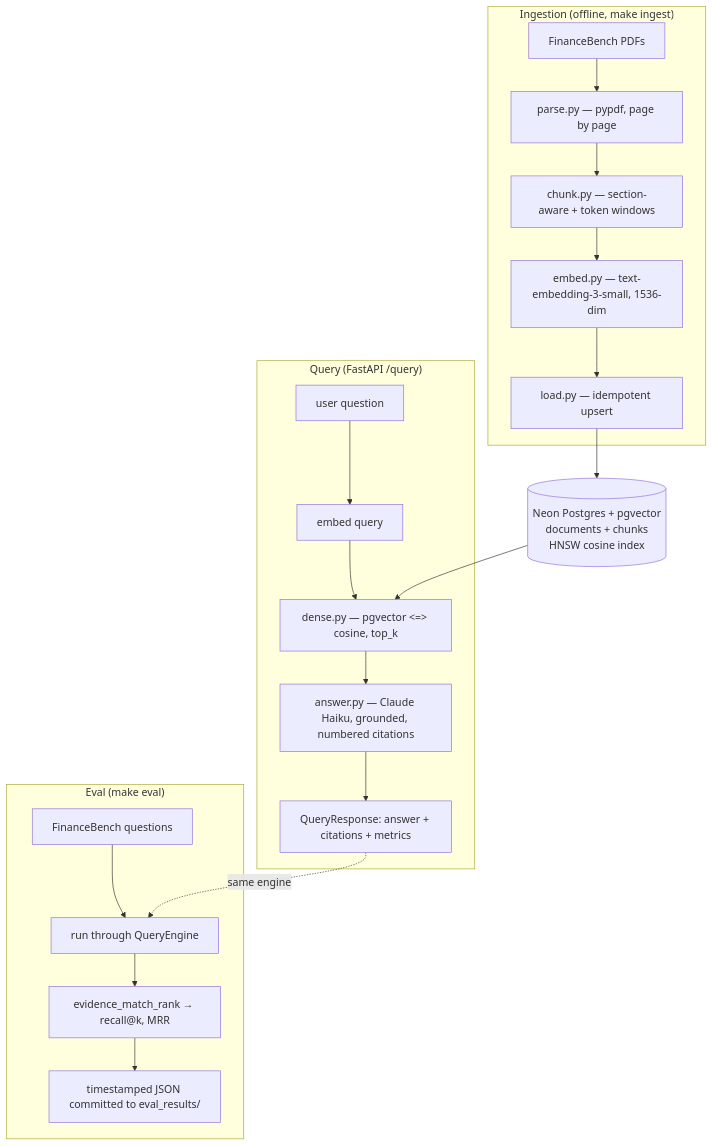
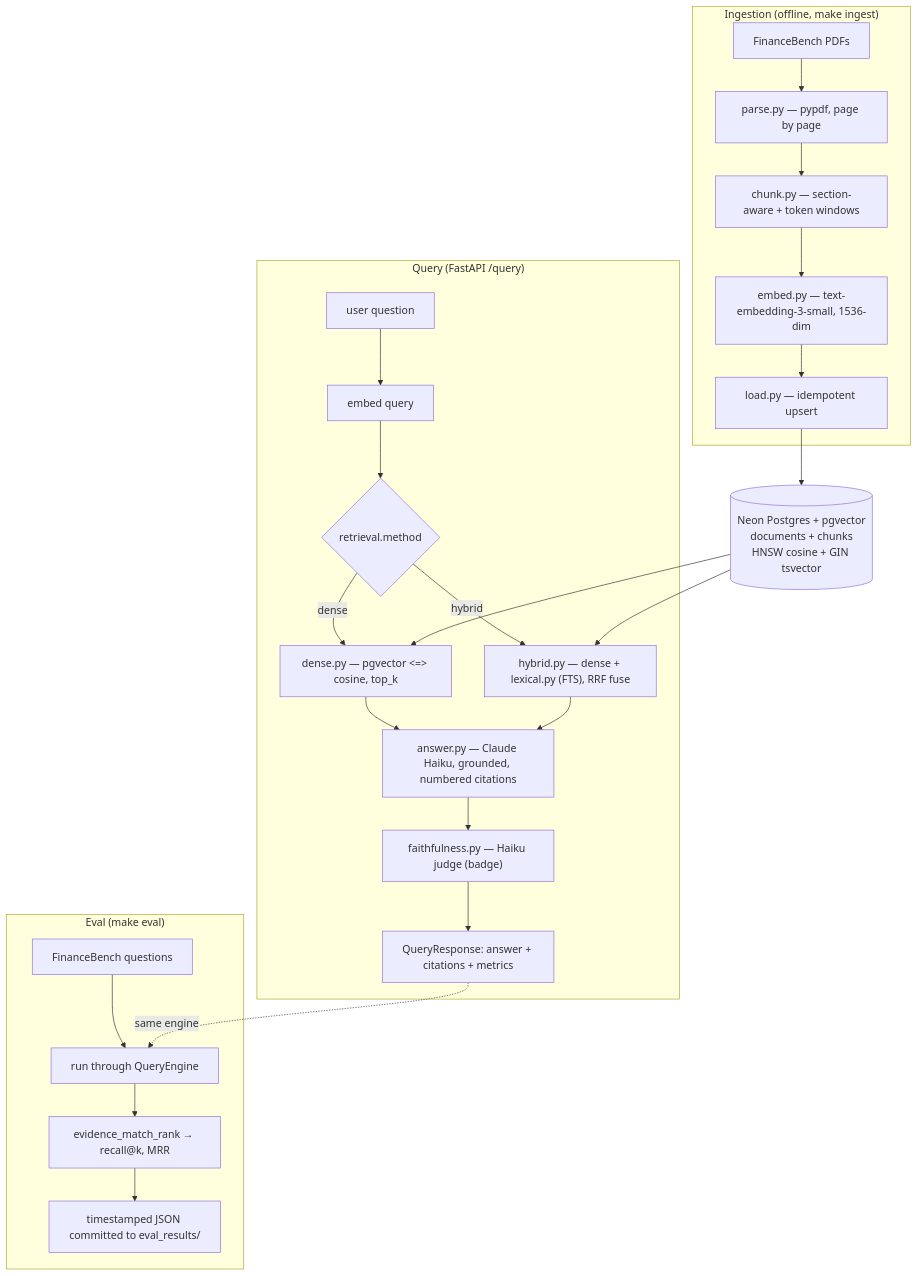
The diagram in CLAUDE.md (skandula9273/sec-rag-eval), drawn with Mermaid before and after one commit. The commit also changed other lines of this file and 1 other file, not shown here.

````diff
--- a/CLAUDE.md
+++ b/CLAUDE.md
@@ -29,25 +62,30 @@
 ```mermaid
 flowchart TD
     subgraph INGEST["Ingestion (offline, make ingest)"]
       P[FinanceBench PDFs] --> PA[parse.py — pypdf, page by page]
       PA --> CH[chunk.py — section-aware + token windows]
       CH --> EM[embed.py — text-embedding-3-small, 1536-dim]
       EM --> LD[load.py — idempotent upsert]
     end
-    LD --> DB[("Neon Postgres + pgvector<br/>documents + chunks<br/>HNSW cosine index")]
+    LD --> DB[("Neon Postgres + pgvector<br/>documents + chunks<br/>HNSW cosine + GIN tsvector")]
 
     subgraph QUERY["Query (FastAPI /query)"]
       Q[user question] --> QE[embed query]
-      QE --> DS[dense.py — pgvector &lt;=&gt; cosine, top_k]
+      QE --> RT{"retrieval.method"}
+      RT -- dense --> DS[dense.py — pgvector &lt;=&gt; cosine, top_k]
+      RT -- hybrid --> HY["hybrid.py — dense + lexical.py (FTS), RRF fuse"]
       DS --> GEN["answer.py — Claude Haiku, grounded, numbered citations"]
-      GEN --> RESP[QueryResponse: answer + citations + metrics]
+      HY --> GEN
+      GEN --> FA["faithfulness.py — Haiku judge (badge)"]
+      FA --> RESP[QueryResponse: answer + citations + metrics]
     end
     DB --> DS
+    DB --> HY
 
     subgraph EVAL["Eval (make eval)"]
       FB[FinanceBench questions] --> RUN[run through QueryEngine]
       RUN --> SC[evidence_match_rank → recall@k, MRR]
       SC --> JSON[timestamped JSON committed to eval_results/]
     end
     RESP -. same engine .-> RUN
 ```
````
